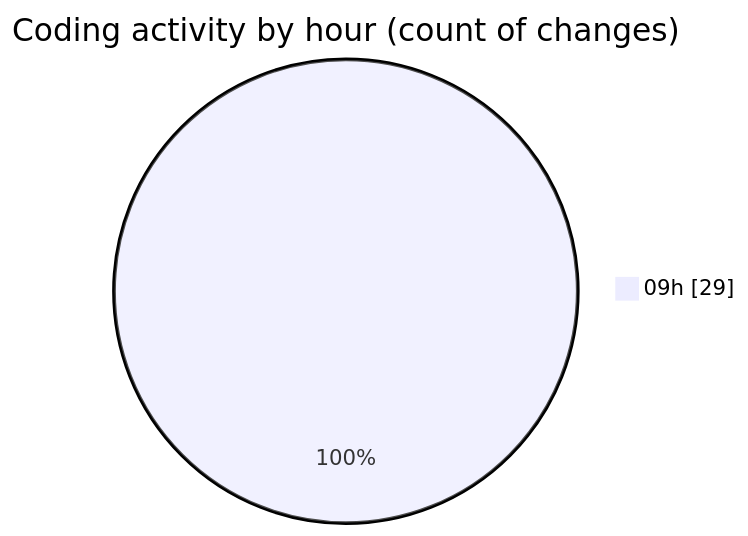
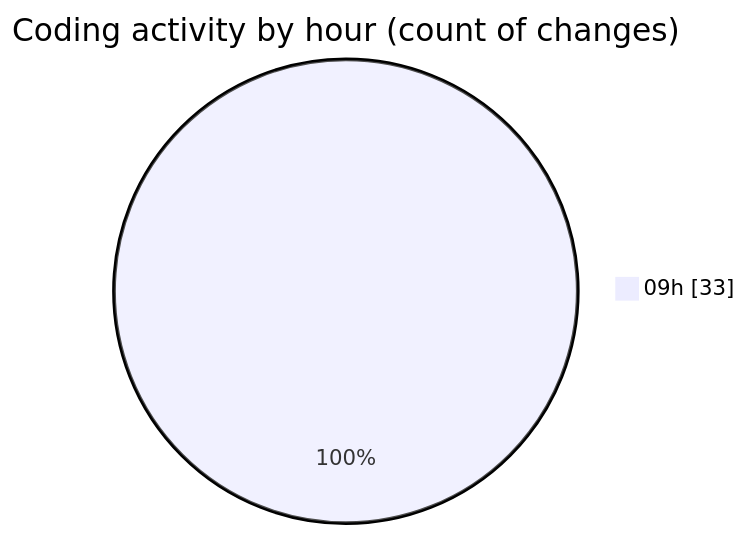
Before and after one commit to CELIANVF/code-tracking: the second of 2 diagrams in 2025-05-20/ecodeli-1/README.md, drawn with Mermaid. The commit also changed other lines of this file and 1 other file, not shown here.

````diff
--- a/2025-05-20/ecodeli-1/README.md
+++ b/2025-05-20/ecodeli-1/README.md
@@ -45,5 +46,5 @@
 ```mermaid
 pie showData
 title Coding activity by hour (count of changes)
-"09h" : 29
+"09h" : 33
 ```
````
